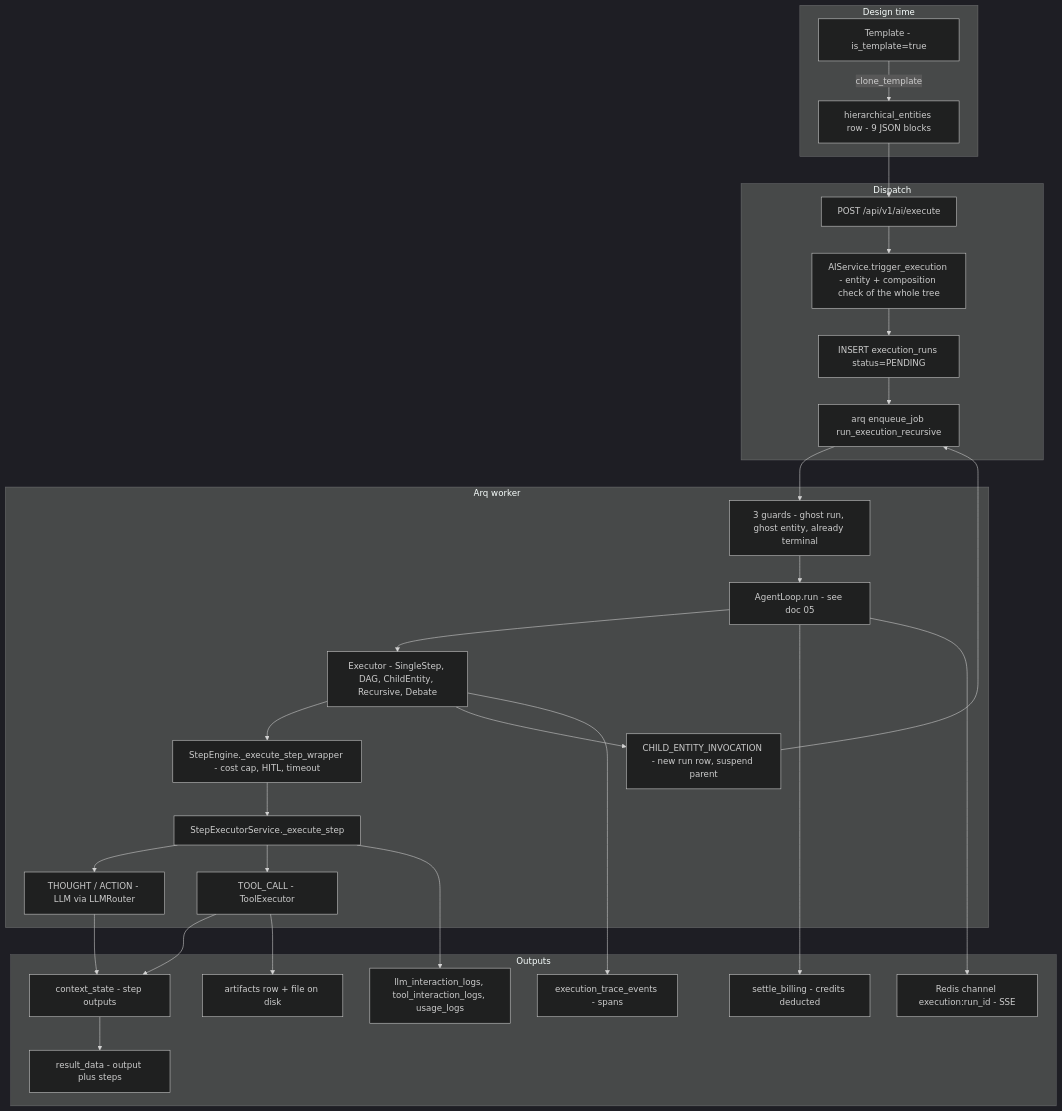
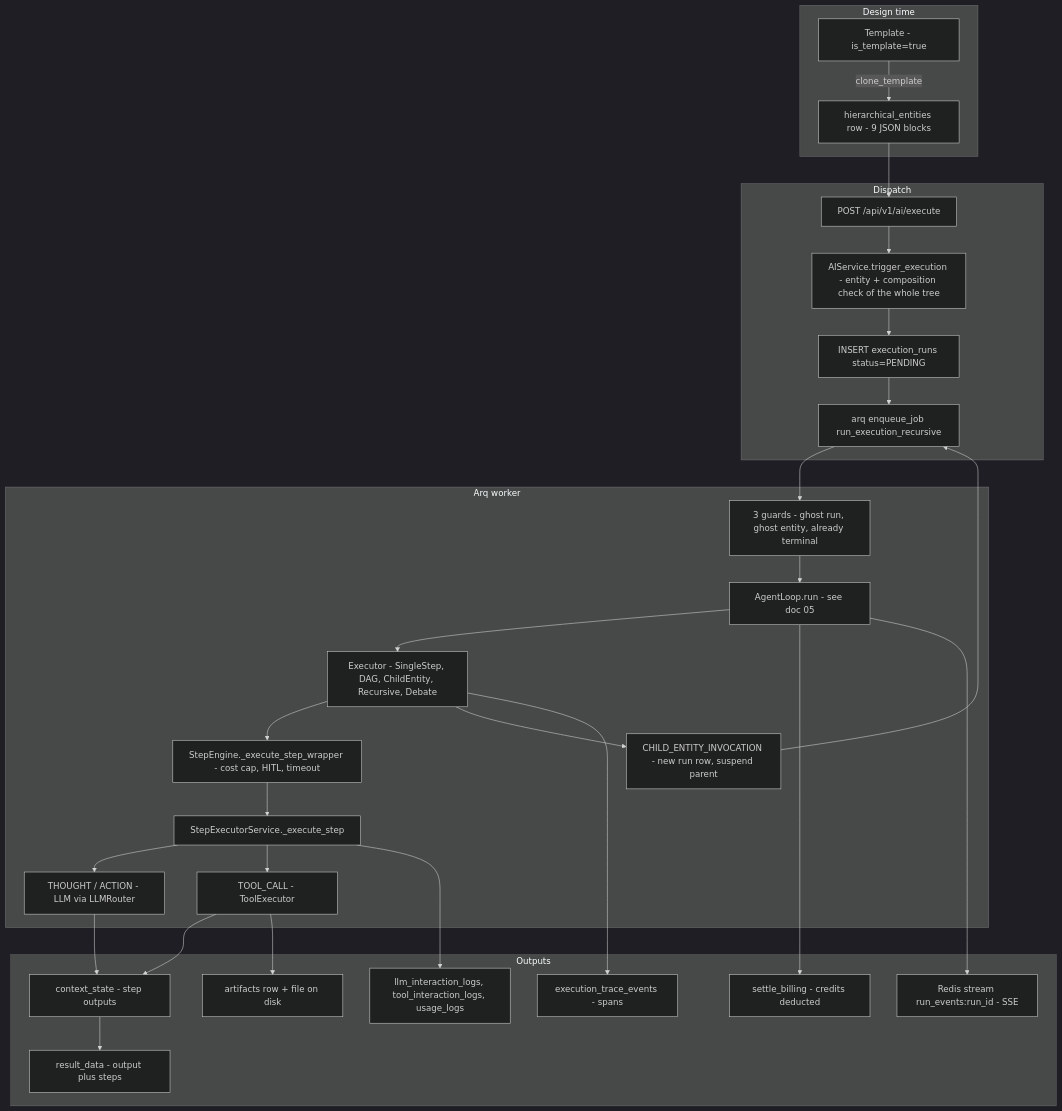
Before and after one commit to gondolerahul/hire-buddha-app: the first of 20 diagrams in docs/current/06-execution-pipeline.md, drawn with Mermaid (dark theme). The commit also changed other lines of this file and 31 other files, not shown here.

````diff
--- a/docs/current/06-execution-pipeline.md
+++ b/docs/current/06-execution-pipeline.md
@@ -40,34 +40,34 @@
 ```mermaid
 flowchart TD
     subgraph DESIGN["Design time"]
         E["hierarchical_entities row - 9 JSON blocks"]
         T["Template - is_template=true"] -->|clone_template| E
     end
     subgraph DISPATCH["Dispatch"]
         API["POST /api/v1/ai/execute"] --> VAL["AIService.trigger_execution - entity + composition check of the whole tree"]
         VAL --> ROW["INSERT execution_runs status=PENDING"]
         ROW --> Q["arq enqueue_job run_execution_recursive"]
     end
     subgraph WORKER["Arq worker"]
         Q --> GUARD["3 guards - ghost run, ghost entity, already terminal"]
         GUARD --> LOOP["AgentLoop.run - see doc 05"]
         LOOP --> EXEC["Executor - SingleStep, DAG, ChildEntity, Recursive, Debate"]
         EXEC --> SE["StepEngine._execute_step_wrapper - cost cap, HITL, timeout"]
         SE --> SX["StepExecutorService._execute_step"]
         SX --> THOUGHT["THOUGHT / ACTION - LLM via LLMRouter"]
         SX --> TOOLC["TOOL_CALL - ToolExecutor"]
         EXEC --> CHILD["CHILD_ENTITY_INVOCATION - new run row, suspend parent"]
     end
     subgraph OUT["Outputs"]
         THOUGHT --> CTX["context_state - step outputs"]
         TOOLC --> CTX
         TOOLC --> ART["artifacts row + file on disk"]
         CTX --> RES["result_data - output plus steps"]
         LOOP --> BILL["settle_billing - credits deducted"]
-        LOOP --> SSE["Redis channel execution:run_id - SSE"]
+        LOOP --> SSE["Redis stream run_events:run_id - SSE"]
         SX --> LOGS["llm_interaction_logs, tool_interaction_logs, usage_logs"]
         EXEC --> TRACE["execution_trace_events - spans"]
     end
     E --> API
     CHILD --> Q
 ```
````
